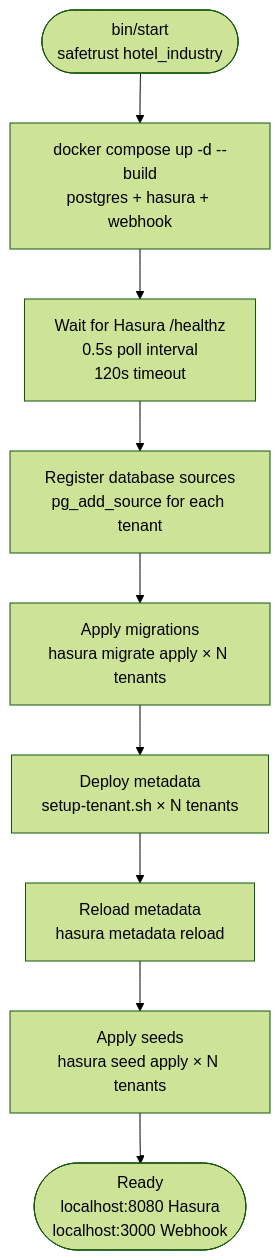
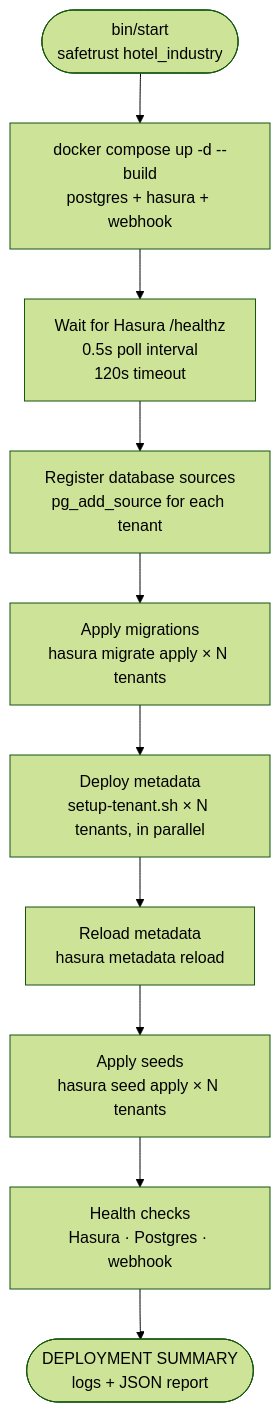
One commit to safetrustcr/backend-SafeTrust changed the diagram in docs/infra/bin-start.md. Above: the diagram before and after it, drawn with Mermaid (forest theme). The commit also changed other lines of this file and 9 other files, not shown here.

Commit message:
refactor: metadata hotel_industry tenant and safetrust seeds, improve bin-start observability

````diff
--- a/docs/infra/bin-start.md
+++ b/docs/infra/bin-start.md
@@ -4,11 +4,12 @@
 ```mermaid
 flowchart TD
     A([bin/start\nsafetrust hotel_industry]) --> B[docker compose up -d --build\npostgres + hasura + webhook]
     B --> C[Wait for Hasura /healthz\n0.5s poll interval\n120s timeout]
     C --> D[Register database sources\npg_add_source for each tenant]
     D --> E[Apply migrations\nhasura migrate apply × N tenants]
-    E --> F[Deploy metadata\nsetup-tenant.sh × N tenants]
+    E --> F[Deploy metadata\nsetup-tenant.sh × N tenants, in parallel]
     F --> G[Reload metadata\nhasura metadata reload]
     G --> H[Apply seeds\nhasura seed apply × N tenants]
-    H --> I([Ready\nlocalhost:8080 Hasura\nlocalhost:3000 Webhook])
+    H --> I[Health checks\nHasura · Postgres · webhook]
+    I --> J([DEPLOYMENT SUMMARY\nlogs + JSON report])
 ```
````
